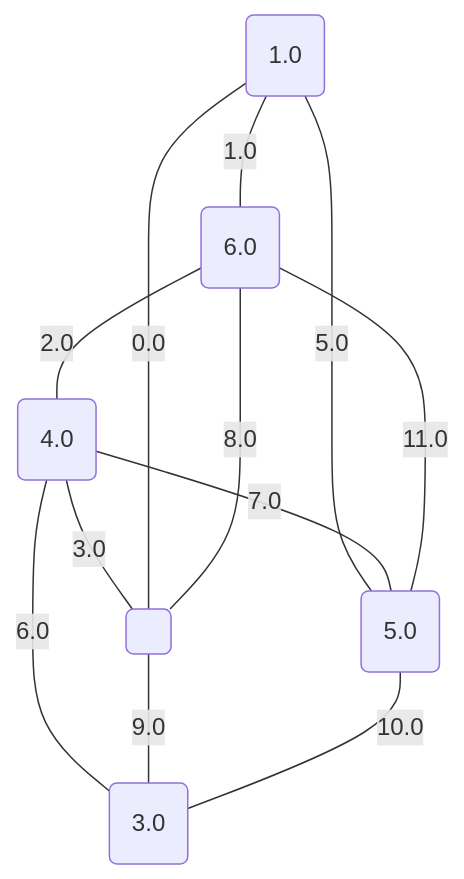
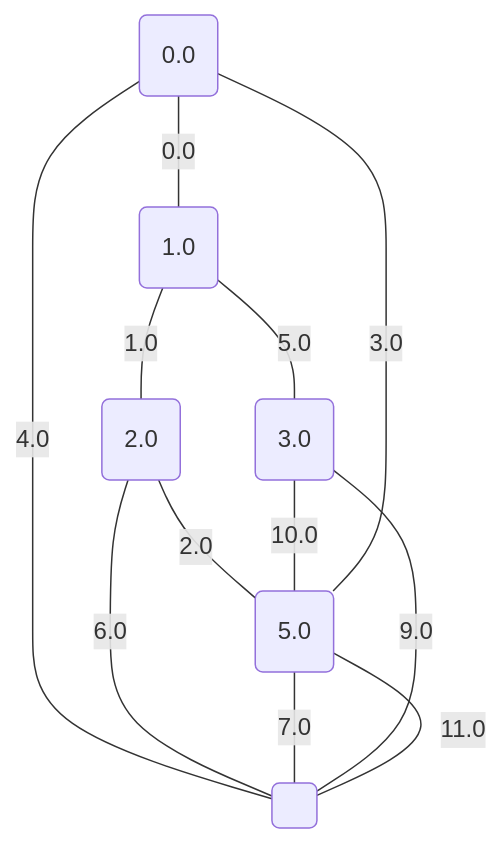
The ninth of 17 diagrams in project/src/testing/minCutPetersen.md (metury/graphs), drawn with Mermaid before and after one commit. The commit also changed other lines of this file and 27 other files, not shown here.

````diff
--- a/project/src/testing/minCutPetersen.md
+++ b/project/src/testing/minCutPetersen.md
@@ -243,20 +243,20 @@
 ```mermaid
 graph TD;
-0("1.0");
-1("3.0");
-2("4.0");
-3("5.0");
-4("6.0");
+0("0.0");
+1("1.0");
+2("2.0");
+3("3.0");
+4("5.0");
 5(" ");
-	5 -- "0.0" --- 0;
-	0 -- "1.0" --- 4;
-	4 -- "2.0" --- 2;
-	2 -- "3.0" --- 5;
-	0 -- "5.0" --- 3;
-	2 -- "6.0" --- 1;
-	2 -- "7.0" --- 3;
-	5 -- "8.0" --- 4;
-	5 -- "9.0" --- 1;
-	3 -- "10.0" --- 1;
-	4 -- "11.0" --- 3;
+	0 -- "0.0" --- 1;
+	1 -- "1.0" --- 2;
+	2 -- "2.0" --- 4;
+	4 -- "3.0" --- 0;
+	0 -- "4.0" --- 5;
+	1 -- "5.0" --- 3;
+	2 -- "6.0" --- 5;
+	4 -- "7.0" --- 5;
+	3 -- "9.0" --- 5;
+	3 -- "10.0" --- 4;
+	5 -- "11.0" --- 4;
 ```
````
